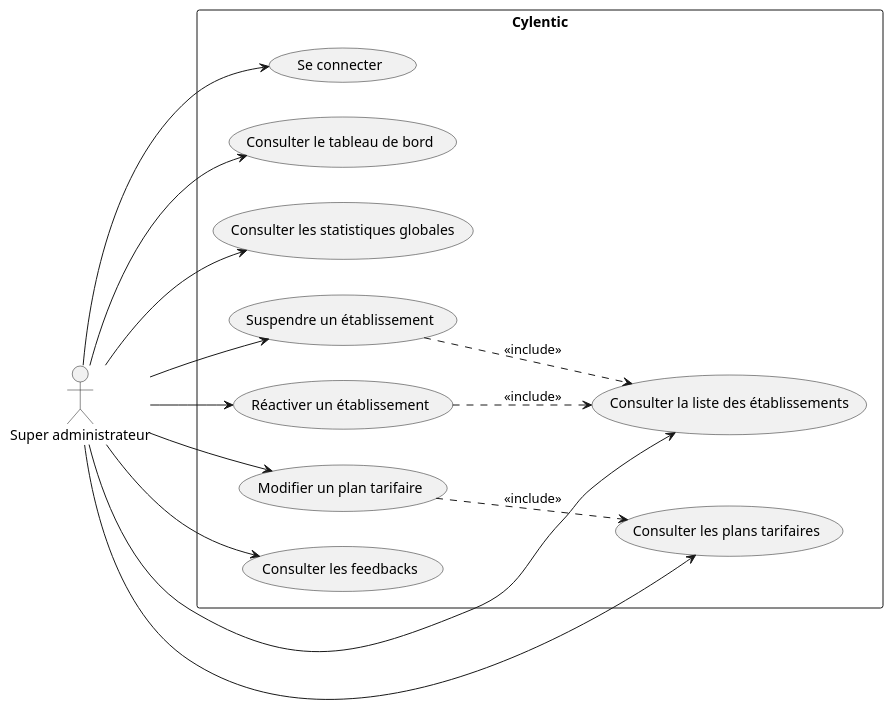
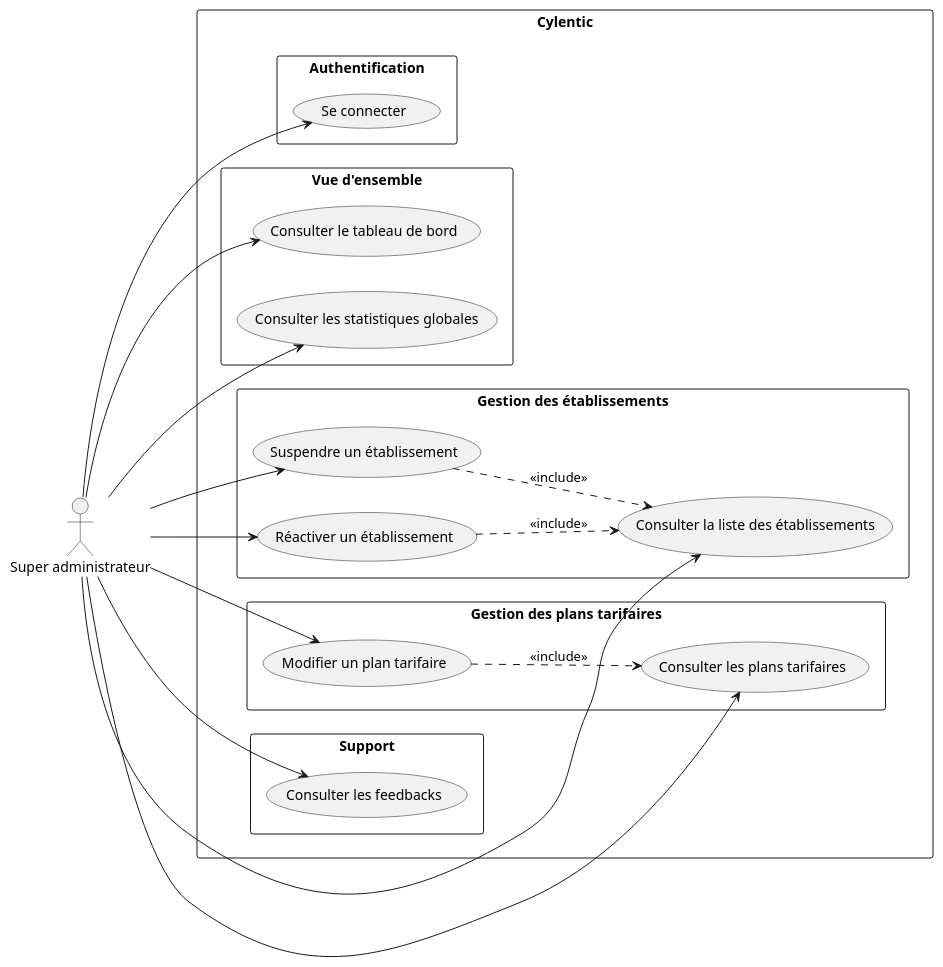
One commit to progirix/cylentic changed the diagram in docs/diagrammes/01_usecase_super_admin.puml. Above: the diagram before and after it, drawn with PlantUML.

Commit message:
Remet le découpage fonctionnel du use case Super Admin
Cadres par domaine au format UML habituel, sans notes techniques.

```diff
--- a/docs/diagrammes/01_usecase_super_admin.puml
+++ b/docs/diagrammes/01_usecase_super_admin.puml
@@ -1,34 +1,49 @@
 @startuml
 left to right direction
 skinparam shadowing false
 skinparam packageStyle rectangle
 
 actor "Super administrateur" as SA
 
 rectangle "Cylentic" {
-  usecase "Se connecter" as UC1
-  usecase "Consulter le tableau de bord" as UC2
-  usecase "Consulter les statistiques globales" as UC3
-  usecase "Consulter la liste des établissements" as UC4
-  usecase "Suspendre un établissement" as UC5
-  usecase "Réactiver un établissement" as UC6
-  usecase "Consulter les plans tarifaires" as UC7
-  usecase "Modifier un plan tarifaire" as UC8
-  usecase "Consulter les feedbacks" as UC9
+
+  package "Authentification" {
+    usecase "Se connecter" as UC1
+  }
+
+  package "Vue d'ensemble" {
+    usecase "Consulter le tableau de bord" as UC2
+    usecase "Consulter les statistiques globales" as UC3
+  }
+
+  package "Gestion des établissements" {
+    usecase "Consulter la liste des établissements" as UC4
+    usecase "Suspendre un établissement" as UC5
+    usecase "Réactiver un établissement" as UC6
+  }
+
+  package "Gestion des plans tarifaires" {
+    usecase "Consulter les plans tarifaires" as UC7
+    usecase "Modifier un plan tarifaire" as UC8
+  }
+
+  package "Support" {
+    usecase "Consulter les feedbacks" as UC9
+  }
 }
 
 SA --> UC1
 SA --> UC2
 SA --> UC3
 SA --> UC4
 SA --> UC5
 SA --> UC6
 SA --> UC7
 SA --> UC8
 SA --> UC9
 
 UC5 ..> UC4 : <<include>>
 UC6 ..> UC4 : <<include>>
 UC8 ..> UC7 : <<include>>
 
 @enduml
```
